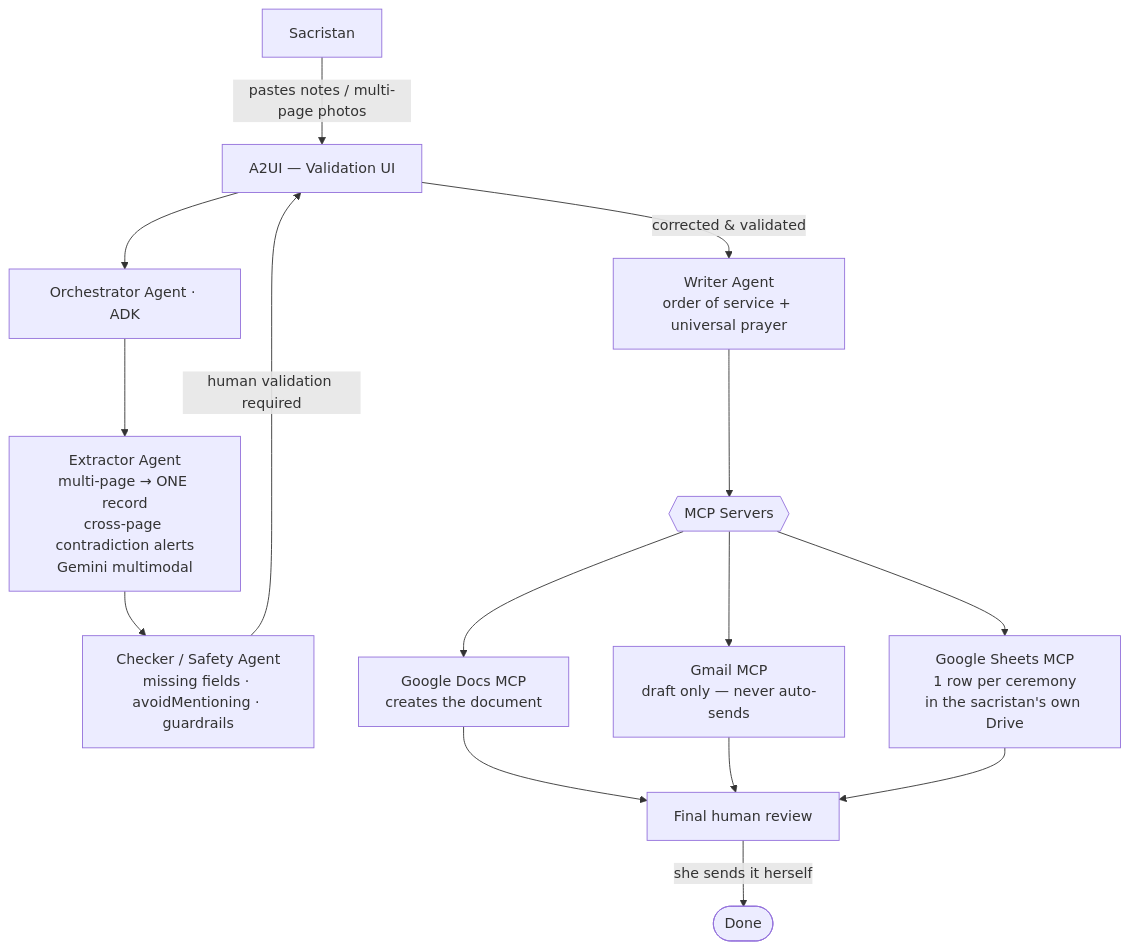
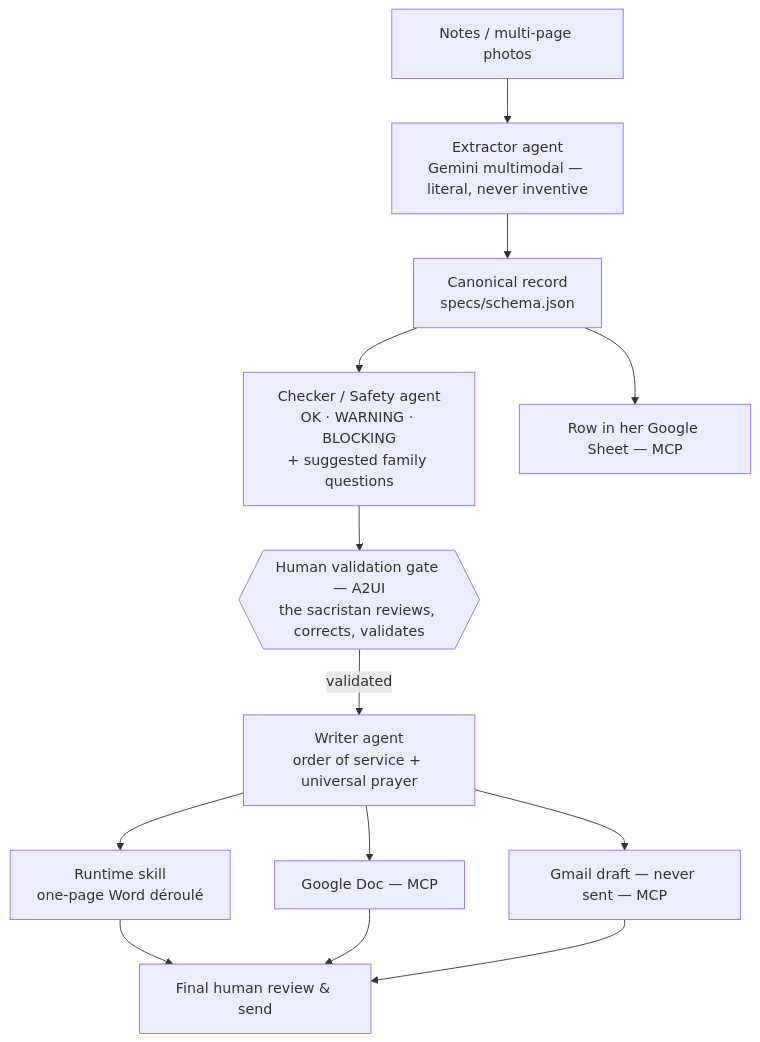
One commit to MaryleneH/assistant-obseques changed the diagram in README.md. Above: the diagram before and after it, drawn with Mermaid. The commit also changed other lines of this file and 6 other files, not shown here.

Commit message:
feat(specs): reference mockup from validated AI Studio prototype + suggested family questions) + update README

````diff
--- a/README.md
+++ b/README.md
@@ -73,17 +65,15 @@
 ```mermaid
 flowchart TD
-    S[Sacristan] -->|pastes notes / multi-page photos| UI[A2UI — Validation UI]
-    UI --> ORCH[Orchestrator Agent · ADK]
-    ORCH --> EXT[Extractor Agent<br/>multi-page → ONE record<br/>cross-page contradiction alerts<br/>Gemini multimodal]
-    EXT --> CHK[Checker / Safety Agent<br/>missing fields · avoidMentioning · guardrails]
-    CHK -->|human validation required| UI
-    UI -->|corrected & validated| WRI[Writer Agent<br/>order of service + universal prayer]
-    WRI --> MCP{{MCP Servers}}
-    MCP --> DOCS[Google Docs MCP<br/>creates the document]
-    MCP --> GMAIL[Gmail MCP<br/>draft only — never auto-sends]
-    MCP --> SHEET[Google Sheets MCP<br/>1 row per ceremony<br/>in the sacristan's own Drive]
-    DOCS --> REVIEW[Final human review]
-    GMAIL --> REVIEW
-    SHEET --> REVIEW
-    REVIEW -->|she sends it herself| DONE([Done])
+    N[Notes / multi-page photos] --> EXT[Extractor agent<br/>Gemini multimodal — literal, never inventive]
+    EXT --> REC[Canonical record<br/>specs/schema.json]
+    REC --> CHK[Checker / Safety agent<br/>OK · WARNING · BLOCKING<br/>+ suggested family questions]
+    CHK --> GATE{{Human validation gate — A2UI<br/>the sacristan reviews, corrects, validates}}
+    GATE -->|validated| WRI[Writer agent<br/>order of service + universal prayer]
+    WRI --> DOCX[Runtime skill<br/>one-page Word déroulé]
+    WRI --> DOC[Google Doc — MCP]
+    WRI --> MAIL[Gmail draft — never sent — MCP]
+    REC --> SHEET[Row in her Google Sheet — MCP]
+    DOCX --> FIN[Final human review & send]
+    DOC --> FIN
+    MAIL --> FIN
 ```
````
